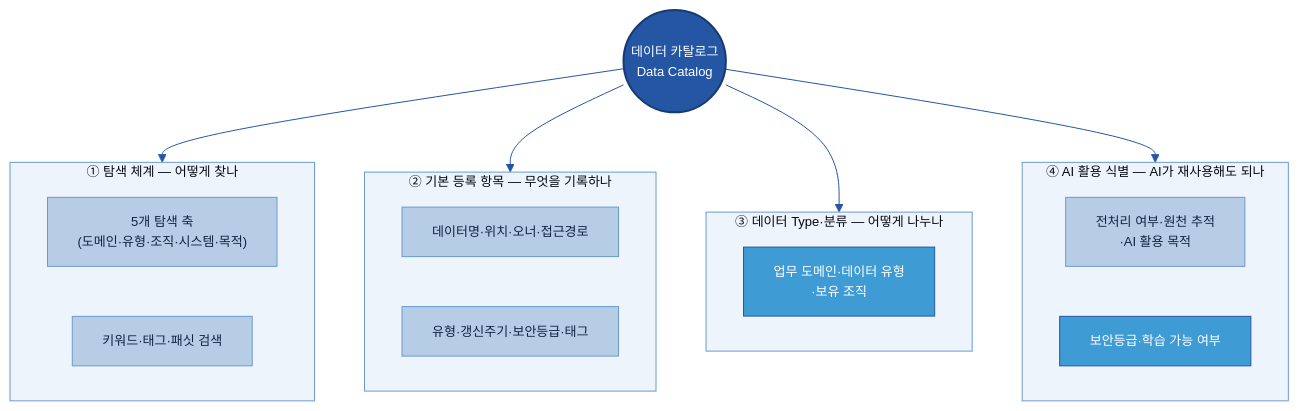
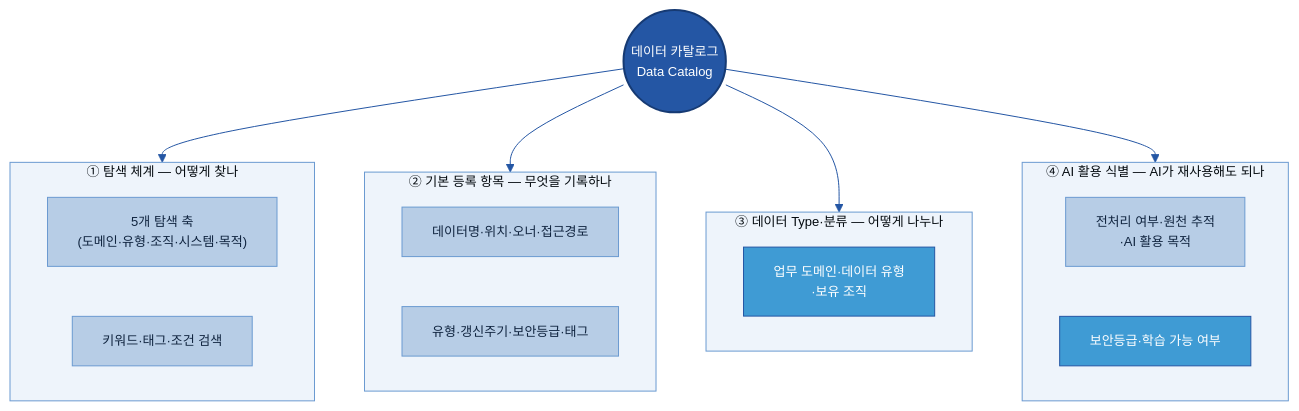
One commit to jin-kearney/ai-ready-data-manual changed the third of 13 diagrams in 가이드 작성/A-1 데이터 카탈로그/A-1 데이터 카탈로그.md. Above: the diagram before and after it, drawn with Mermaid. The commit also changed other lines of this file and 1 other file, not shown here.

````diff
--- a/가이드 작성/A-1 데이터 카탈로그/A-1 데이터 카탈로그.md
+++ b/가이드 작성/A-1 데이터 카탈로그/A-1 데이터 카탈로그.md
@@ -195,31 +215,31 @@
 ```mermaid
 %%{init: {'theme':'base','themeVariables':{'primaryColor':'#DCE8F5','primaryBorderColor':'#2456A4','primaryTextColor':'#10243f','lineColor':'#2456A4','clusterBkg':'#EEF4FB','clusterBorder':'#6B9AD1','fontSize':'13px'}}}%%
 flowchart TB
     CAT(("데이터 카탈로그<br/>Data Catalog")):::cat
     subgraph E1B["① 탐색 체계 — 어떻게 찾나"]
         direction LR
         T1["5개 탐색 축<br/>(도메인·유형·조직·시스템·목적)"]:::n
-        T2["키워드·태그·패싯 검색"]:::n
+        T2["키워드·태그·조건 검색"]:::n
     end
     subgraph E2B["② 기본 등록 항목 — 무엇을 기록하나"]
         direction LR
         I1["데이터명·위치·오너·접근경로"]:::n
         I2["유형·갱신주기·보안등급·태그"]:::n
     end
     subgraph E3B["③ 데이터 Type·분류 — 어떻게 나누나"]
         direction LR
         C1["업무 도메인·데이터 유형<br/>·보유 조직"]:::gate
     end
     subgraph E4B["④ AI 활용 식별 — AI가 재사용해도 되나"]
         direction LR
         A1["전처리 여부·원천 추적<br/>·AI 활용 목적"]:::n
         A2["보안등급·학습 가능 여부"]:::gate
     end
     CAT --> E1B
     CAT --> E2B
     CAT --> E3B
     CAT --> E4B
     classDef n fill:#B7CDE6,stroke:#6B9AD1,color:#10243f;
     classDef cat fill:#2456A4,color:#fff,stroke:#163a73,stroke-width:2px;
     classDef gate fill:#3F9BD4,stroke:#2456A4,color:#fff;
 ```
````
